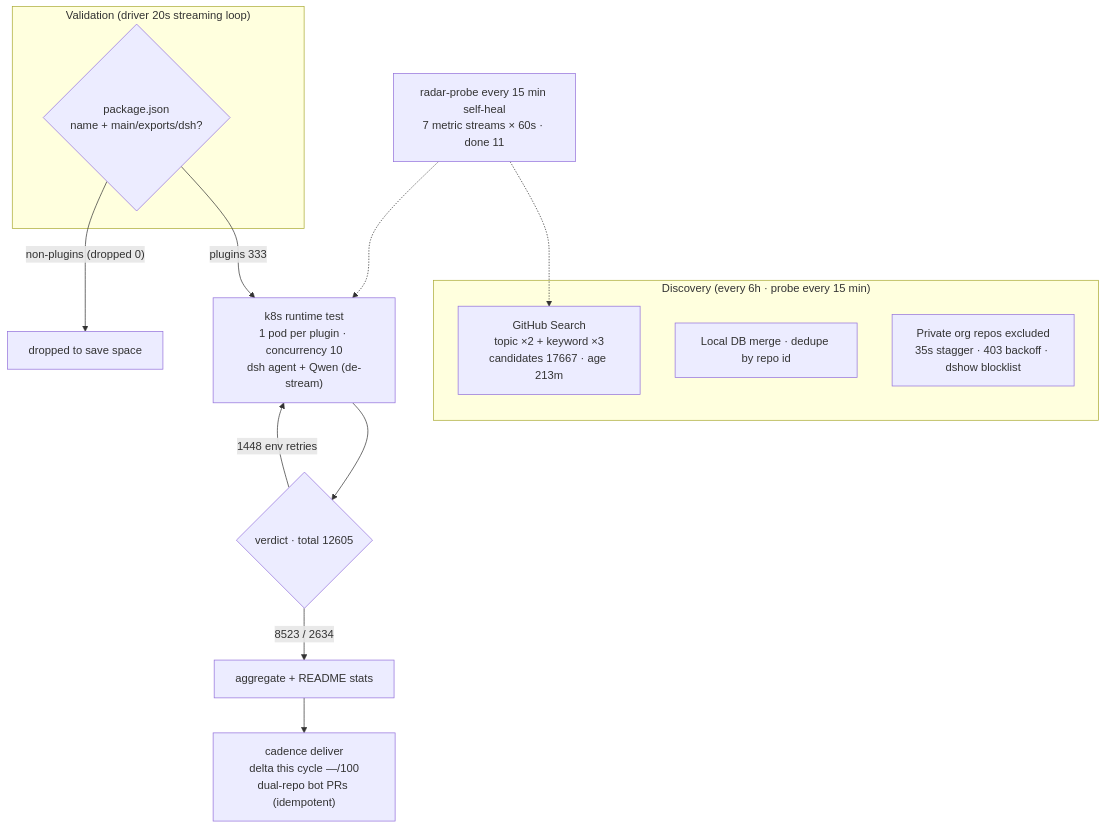
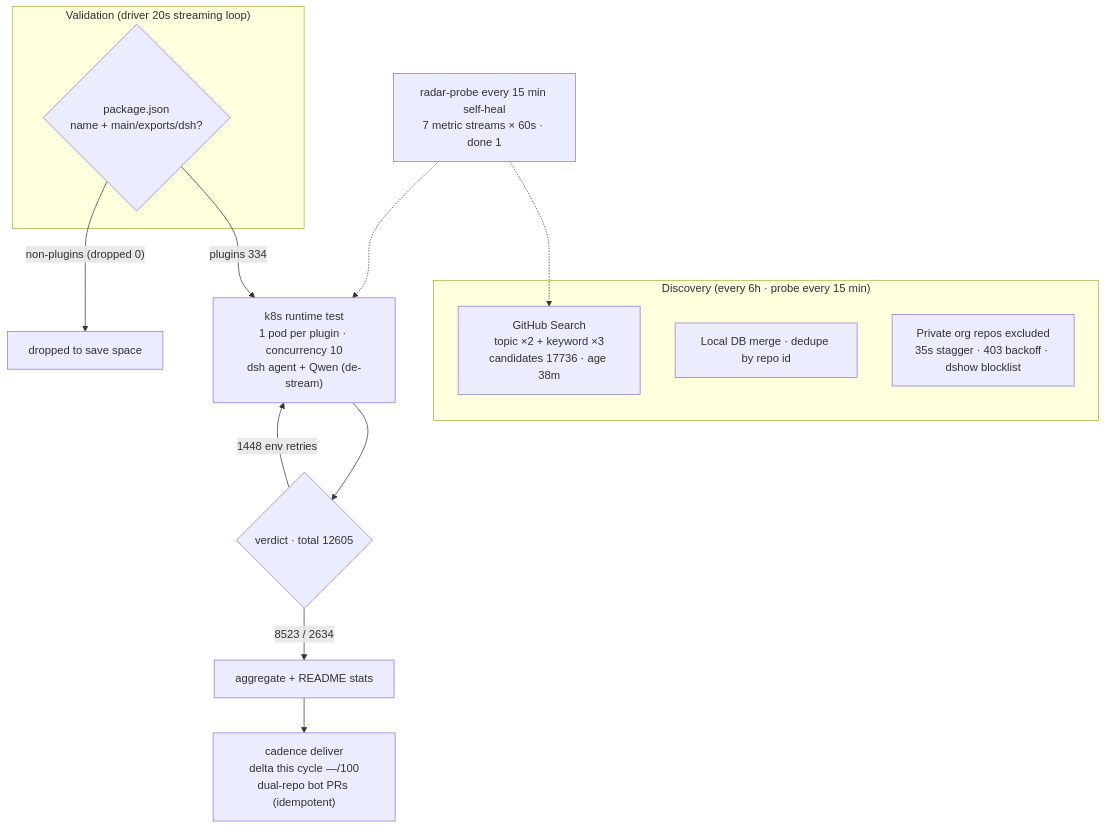
One commit to AdamPlatin123/awesome-dsh-plugins changed the diagram in README.en-US.md. Above: the diagram before and after it, drawn with Mermaid. The commit also changed other lines of this file and 5 other files, not shown here.

````diff
--- a/README.en-US.md
+++ b/README.en-US.md
@@ -45,20 +45,20 @@
 ```mermaid
 flowchart TB
     subgraph Discovery["Discovery (every 6h · probe every 15 min)"]
-        A1["GitHub Search<br/>topic ×2 + keyword ×3<br/>candidates 17667 · age 213m"]
+        A1["GitHub Search<br/>topic ×2 + keyword ×3<br/>candidates 17736 · age 38m"]
         A2["Local DB merge · dedupe by repo id"]
         A3["Private org repos excluded<br/>35s stagger · 403 backoff · dshow blocklist"]
     end
     subgraph Validation["Validation (driver 20s streaming loop)"]
         B1{"package.json<br/>name + main/exports/dsh?"}
     end
-    B1 -->|"plugins 333"| C1["k8s runtime test<br/>1 pod per plugin · concurrency 10<br/>dsh agent + Qwen (de-stream)"]
+    B1 -->|"plugins 334"| C1["k8s runtime test<br/>1 pod per plugin · concurrency 10<br/>dsh agent + Qwen (de-stream)"]
     B1 -->|"non-plugins (dropped 0)"| B3["dropped to save space"]
     C1 --> D1{"verdict · total 12605"}
     D1 -->|"8523 / 2634"| E1["aggregate + README stats"]
     D1 -->|"1448 env retries"| C1
     E1 --> E2["cadence deliver<br/>delta this cycle —/100<br/>dual-repo bot PRs (idempotent)"]
-    M["radar-probe every 15 min self-heal<br/>7 metric streams × 60s · done 11"]
+    M["radar-probe every 15 min self-heal<br/>7 metric streams × 60s · done 1"]
     M -.-> A1
     M -.-> C1
 ```
````
